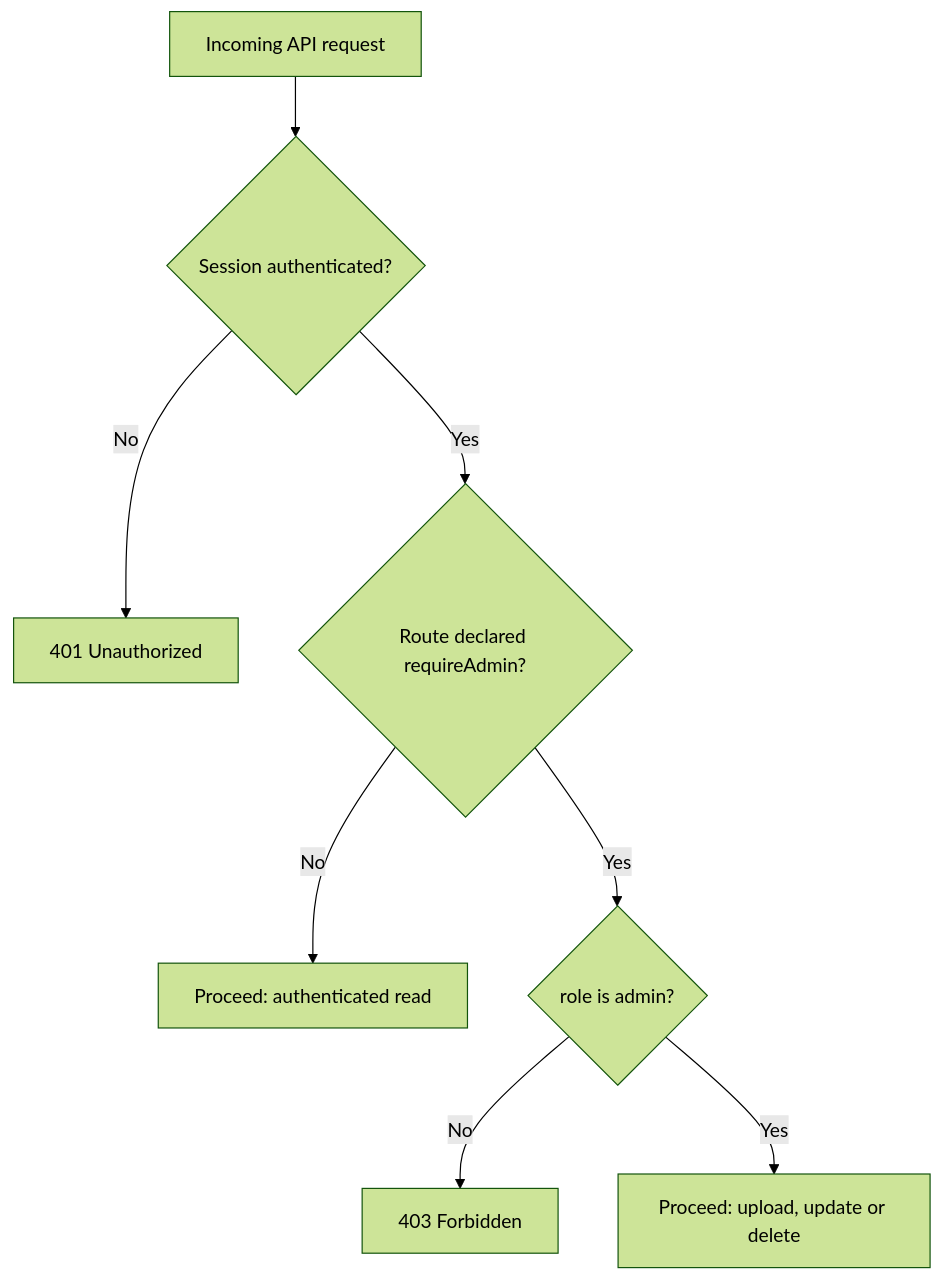
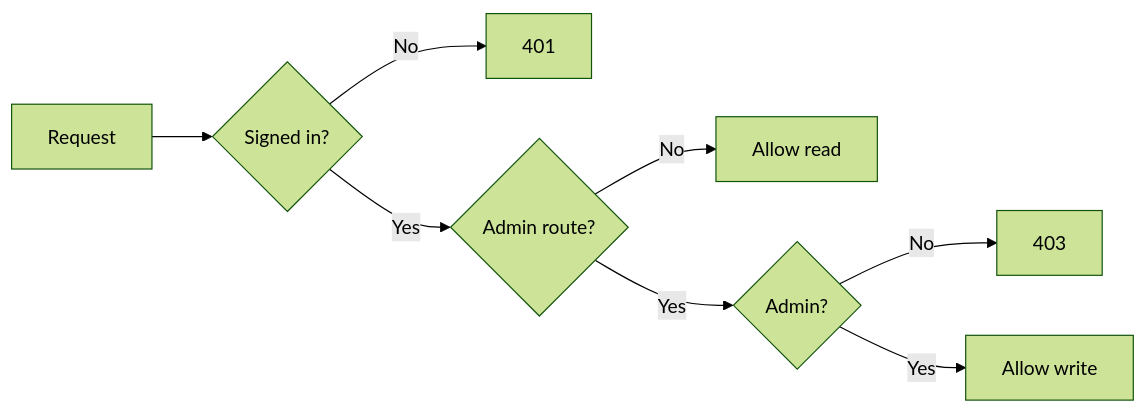
The second of 2 diagrams in README.md (JeffersenGodfrey/Secure-Portal), drawn with Mermaid (forest theme) before and after one commit. The commit also changed other lines of this file, not shown here.

Commit message:
docs: simplify Request Flows into two compact diagrams with aligned labels

````diff
--- a/README.md
+++ b/README.md
@@ -160,10 +139,10 @@
 ```mermaid
-flowchart TD
-    A[Incoming API request] --> B{Session authenticated?}
-    B -- No --> C[401 Unauthorized]
-    B -- Yes --> D{Route declared requireAdmin?}
-    D -- No --> E[Proceed: authenticated read]
-    D -- Yes --> F{role is admin?}
-    F -- No --> G[403 Forbidden]
-    F -- Yes --> H[Proceed: upload, update or delete]
+flowchart LR
+    A[Request] --> B{Signed in?}
+    B -- No --> C[401]
+    B -- Yes --> D{Admin route?}
+    D -- No --> E[Allow read]
+    D -- Yes --> F{Admin?}
+    F -- No --> G[403]
+    F -- Yes --> H[Allow write]
 ```
````
